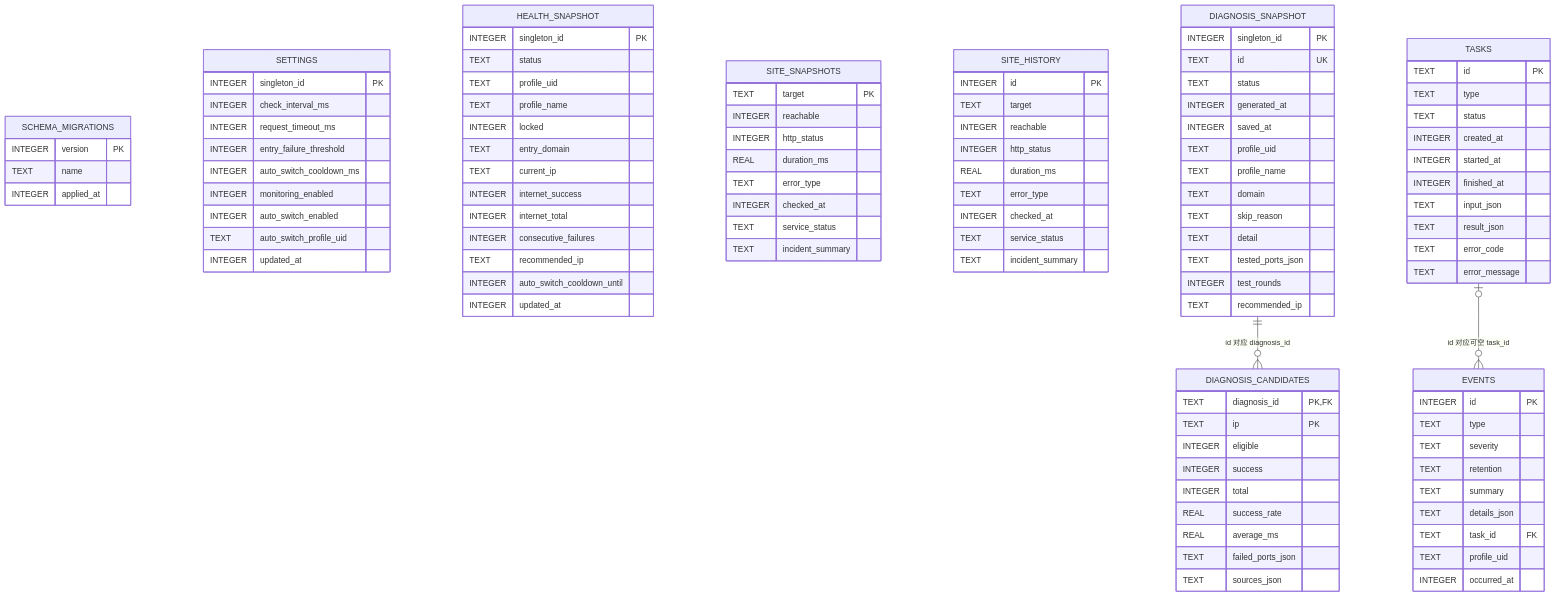
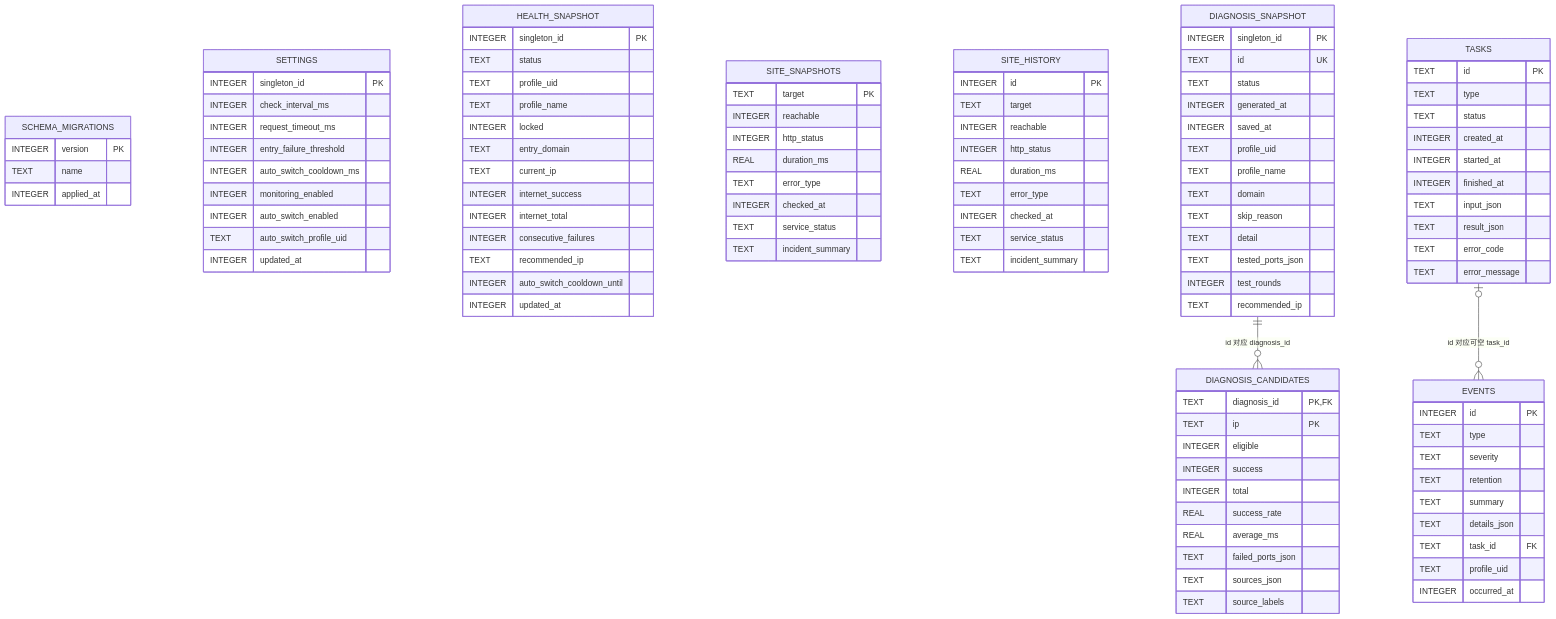
The first of 2 diagrams in docs/database-design.md (soapgu/clash-sentinel), drawn with Mermaid before and after one commit. The commit also changed other lines of this file and 15 other files, not shown here.

```diff
--- a/docs/database-design.md
+++ b/docs/database-design.md
@@ -164,6 +164,7 @@
         REAL average_ms
         TEXT failed_ports_json
         TEXT sources_json
+        TEXT source_labels
     }
 
     TASKS {
```
